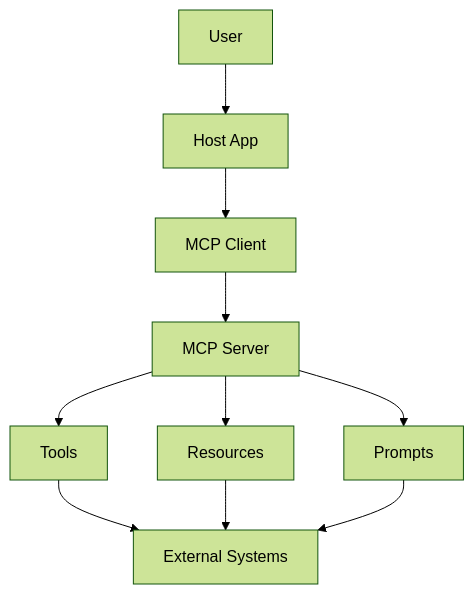
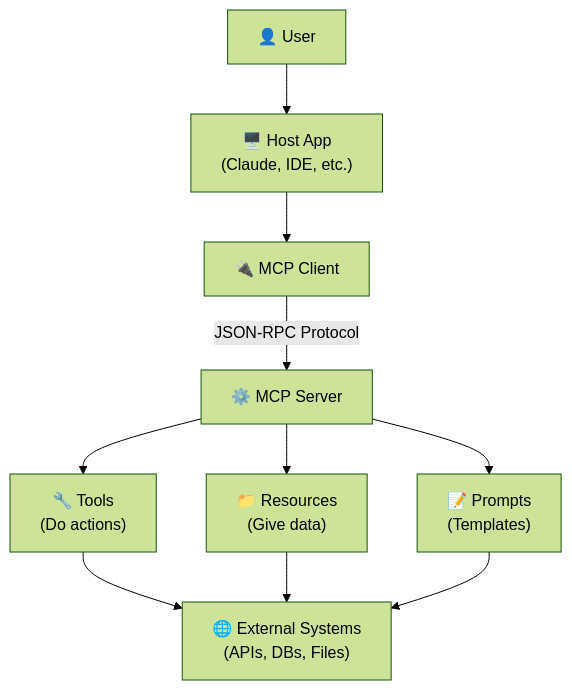
The third of 14 diagrams in docs/ai/MCP_Guide.md (Sameer-Malik20/SusaGPT-Build-LLM-From-Scratch-With-Hinglish-Learning-Material), drawn with Mermaid (forest theme) before and after one commit. The commit also changed other lines of this file and 10 other files, not shown here.

````diff
--- a/docs/ai/MCP_Guide.md
+++ b/docs/ai/MCP_Guide.md
@@ -63,12 +81,12 @@
 ```mermaid
 flowchart TD
-    A[User] --> B[Host App]
-    B --> C[MCP Client]
-    C --> D[MCP Server]
-    D --> E[Tools]
-    D --> F[Resources]
-    D --> G[Prompts]
-    E --> H[External Systems]
-    F --> H
-    G --> H
+    U["👤 User"] --> H["🖥️ Host App\n(Claude, IDE, etc.)"]
+    H --> C["🔌 MCP Client"]
+    C -->|"JSON-RPC Protocol"| S["⚙️ MCP Server"]
+    S --> T["🔧 Tools\n(Do actions)"]
+    S --> R["📁 Resources\n(Give data)"]
+    S --> P["📝 Prompts\n(Templates)"]
+    T --> EX["🌐 External Systems\n(APIs, DBs, Files)"]
+    R --> EX
+    P --> EX
 ```
````
